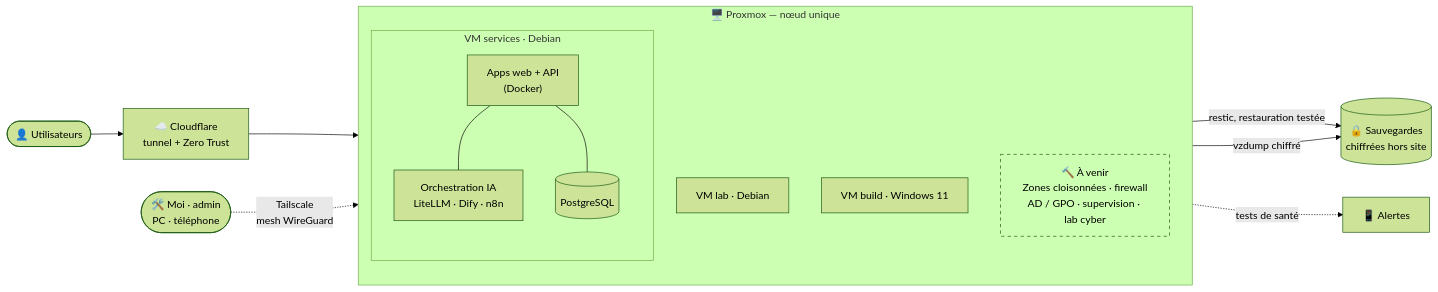
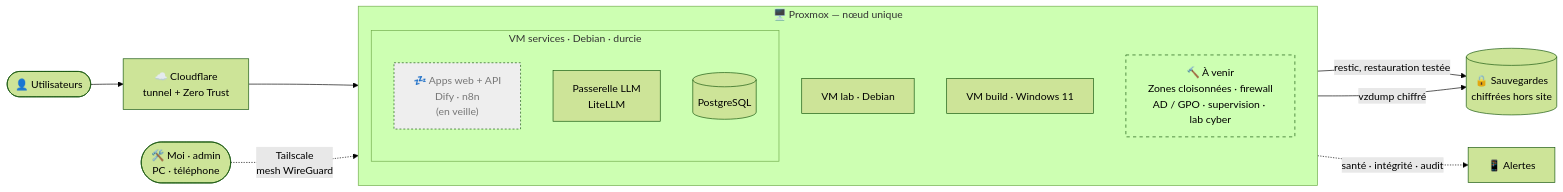
One commit to Sinsemilila/Sinsemilila changed the second of 2 diagrams in README.md. Above: the diagram before and after it, drawn with Mermaid (forest theme). The commit also changed other lines of this file, not shown here.

First line of the commit message:
[docs] profil — schéma honnête (services en veille), section sécurité, atelier complété

````diff
--- a/README.md
+++ b/README.md
@@ -34,27 +37,27 @@
 ```mermaid
 flowchart LR
   user(["👤 Utilisateurs"]) --> cf["☁️ Cloudflare<br/>tunnel + Zero Trust"]
-  cf --> svc
   admin(["🛠️ Moi · admin<br/>PC · téléphone"]) -. "Tailscale<br/>mesh WireGuard" .-> pve
+  cf --> apps
 
   subgraph pve["🖥️ Proxmox — nœud unique"]
     direction TB
-    subgraph prod["VM services · Debian"]
-      svc["Apps web + API<br/>(Docker)"]
-      ia["Orchestration IA<br/>LiteLLM · Dify · n8n"]
+    subgraph prod["VM services · Debian · durcie"]
+      llm["Passerelle LLM<br/>LiteLLM"]
       db[("PostgreSQL")]
-      svc --- ia
-      svc --- db
+      apps["💤 Apps web + API<br/>Dify · n8n<br/>(en veille)"]
     end
     lab["VM lab · Debian"]
     win["VM build · Windows 11"]
     fut["🔨 À venir<br/>Zones cloisonnées · firewall<br/>AD / GPO · supervision · lab cyber"]
   end
 
   prod -- "restic, restauration testée" --> bk[("🔒 Sauvegardes<br/>chiffrées hors site")]
   pve -- "vzdump chiffré" --> bk
-  prod -. "tests de santé" .-> phone["📱 Alertes"]
+  prod -. "santé · intégrité · audit" .-> phone["📱 Alertes"]
 
   classDef todo stroke-dasharray: 5 5,fill:none
+  classDef sleep stroke-dasharray: 3 3,fill:#eeeeee,color:#777777
   class fut todo
+  class apps sleep
 ```
````
